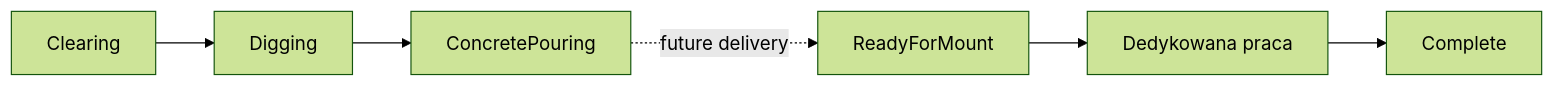
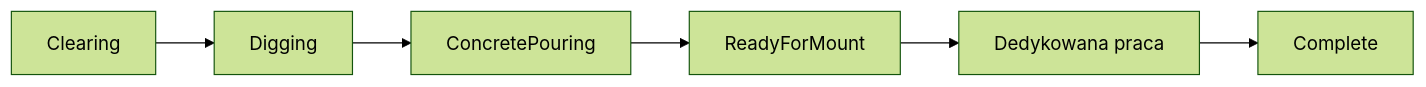
Before and after one commit to HohiMohi/RageQuitting: the second of 2 diagrams in Documentation/Bridge-Construction.md, drawn with Mermaid (forest theme). The commit also changed other lines of this file and 32 other files, not shown here.

````diff
--- a/Documentation/Bridge-Construction.md
+++ b/Documentation/Bridge-Construction.md
@@ -135,8 +135,8 @@
 ```mermaid
 flowchart LR
     C["Clearing"] --> D["Digging"]
     D --> P["ConcretePouring"]
-    P -. "future delivery" .-> M["ReadyForMount"]
+    P --> M["ReadyForMount"]
     M --> W["Dedykowana praca"]
     W --> X["Complete"]
 ```
````
